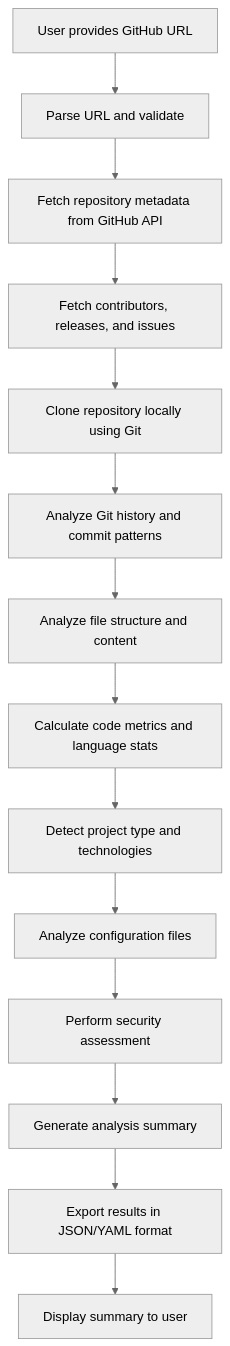
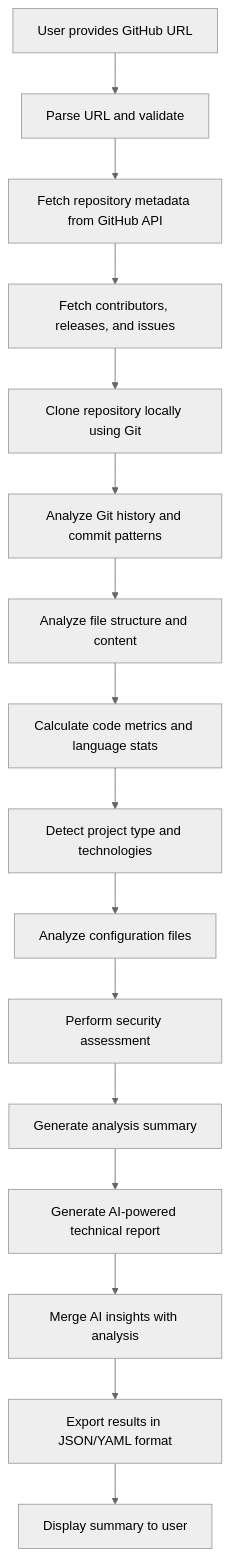
The second of 3 diagrams in README.md (ayoubbuoya/ai-repo-analyzer-rs), drawn with Mermaid (neutral theme) before and after one commit. The commit also changed other lines of this file, not shown here.

Commit message:
docs: improve architecture documentation

````diff
--- a/README.md
+++ b/README.md
@@ -137,16 +130,18 @@
 ```mermaid
 graph TD
     A[User provides GitHub URL] --> B[Parse URL and validate]
     B --> C[Fetch repository metadata from GitHub API]
     C --> D[Fetch contributors, releases, and issues]
     D --> E[Clone repository locally using Git]
     E --> F[Analyze Git history and commit patterns]
     F --> G[Analyze file structure and content]
     G --> H[Calculate code metrics and language stats]
     H --> I[Detect project type and technologies]
     I --> J[Analyze configuration files]
     J --> K[Perform security assessment]
     K --> L[Generate analysis summary]
-    L --> M[Export results in JSON/YAML format]
-    M --> N[Display summary to user]
+    L --> M[Generate AI-powered technical report]
+    M --> N[Merge AI insights with analysis]
+    N --> O[Export results in JSON/YAML format]
+    O --> P[Display summary to user]
 ```
````
